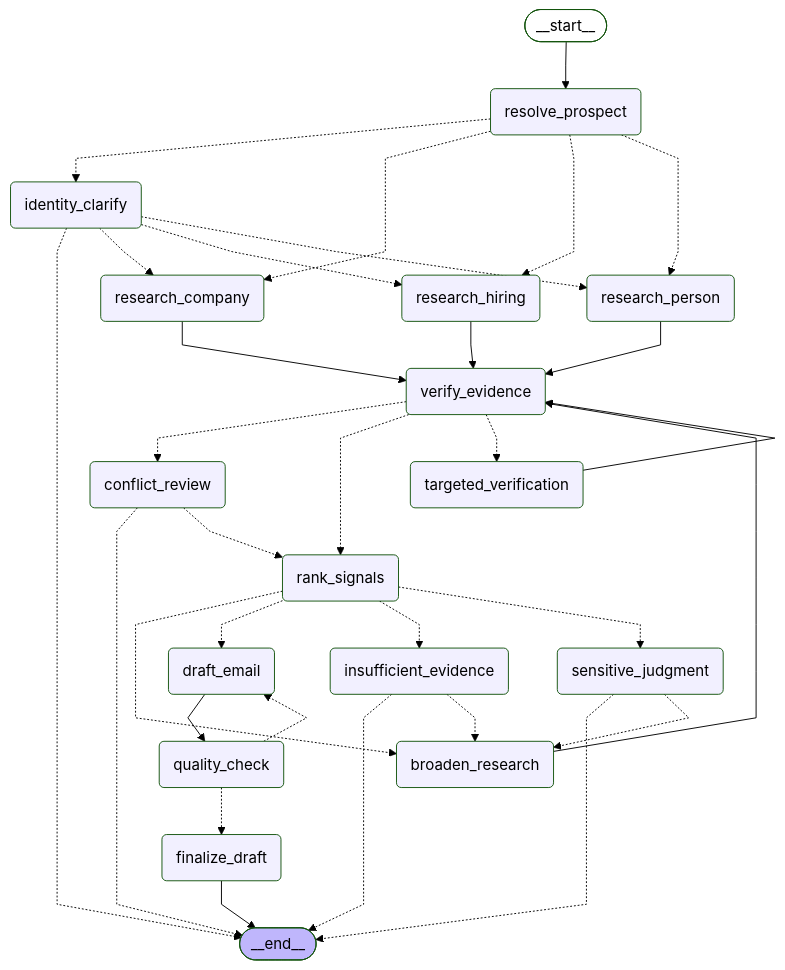
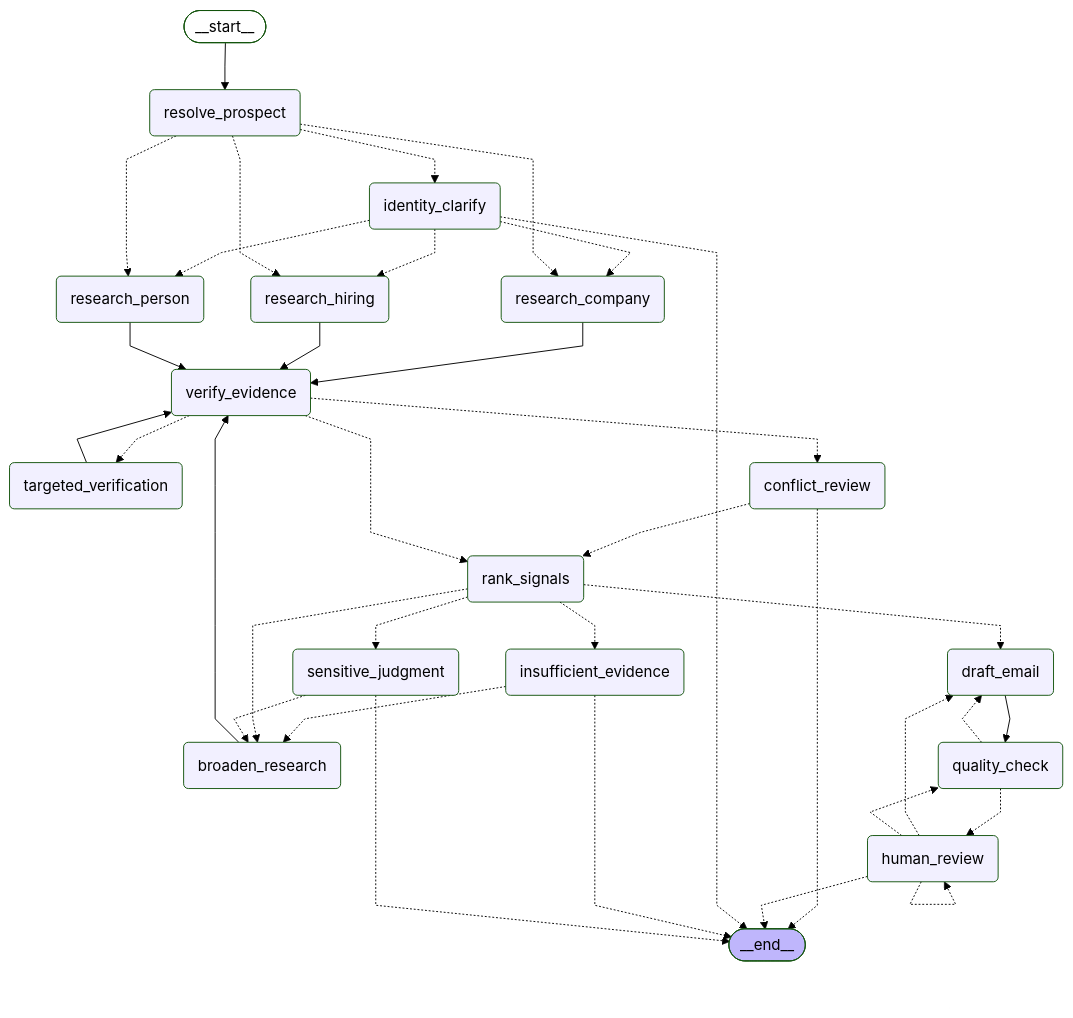
The diagram in docs/graph.mmd (nandiniagrl/Zamp-AI--PS-3), drawn with Mermaid (forest theme) before and after one commit. The commit also changed 14 other files, not shown here.

Commit message:
Phase 10: human review interrupt (approve/edit/reject/choose signal/regenerate), SQLite checkpoints, review CLI, no-send test

```diff
--- a/docs/graph.mmd
+++ b/docs/graph.mmd
@@ -1,57 +1,60 @@
 ---
 config:
   flowchart:
     curve: linear
 ---
 graph TD;
 	__start__([<p>__start__</p>]):::first
 	resolve_prospect(resolve_prospect)
 	identity_clarify(identity_clarify)
 	research_person(research_person)
 	research_company(research_company)
 	research_hiring(research_hiring)
 	verify_evidence(verify_evidence)
 	targeted_verification(targeted_verification)
 	conflict_review(conflict_review)
 	rank_signals(rank_signals)
 	broaden_research(broaden_research)
 	insufficient_evidence(insufficient_evidence)
 	sensitive_judgment(sensitive_judgment)
 	draft_email(draft_email)
 	quality_check(quality_check)
-	finalize_draft(finalize_draft)
+	human_review(human_review)
 	__end__([<p>__end__</p>]):::last
 	__start__ --> resolve_prospect;
 	broaden_research --> verify_evidence;
 	conflict_review -.-> __end__;
 	conflict_review -.-> rank_signals;
 	draft_email --> quality_check;
+	human_review -.-> __end__;
+	human_review -.-> draft_email;
+	human_review -.-> quality_check;
 	identity_clarify -.-> __end__;
 	identity_clarify -.-> research_company;
 	identity_clarify -.-> research_hiring;
 	identity_clarify -.-> research_person;
 	insufficient_evidence -.-> __end__;
 	insufficient_evidence -.-> broaden_research;
 	quality_check -.-> draft_email;
-	quality_check -.-> finalize_draft;
+	quality_check -.-> human_review;
 	rank_signals -.-> broaden_research;
 	rank_signals -.-> draft_email;
 	rank_signals -.-> insufficient_evidence;
 	rank_signals -.-> sensitive_judgment;
 	research_company --> verify_evidence;
 	research_hiring --> verify_evidence;
 	research_person --> verify_evidence;
 	resolve_prospect -.-> identity_clarify;
 	resolve_prospect -.-> research_company;
 	resolve_prospect -.-> research_hiring;
 	resolve_prospect -.-> research_person;
 	sensitive_judgment -.-> __end__;
 	sensitive_judgment -.-> broaden_research;
 	targeted_verification --> verify_evidence;
 	verify_evidence -.-> conflict_review;
 	verify_evidence -.-> rank_signals;
 	verify_evidence -.-> targeted_verification;
-	finalize_draft --> __end__;
+	human_review -.-> human_review;
 	classDef default fill:#f2f0ff,line-height:1.2
 	classDef first fill-opacity:0
 	classDef last fill:#bfb6fc
```
